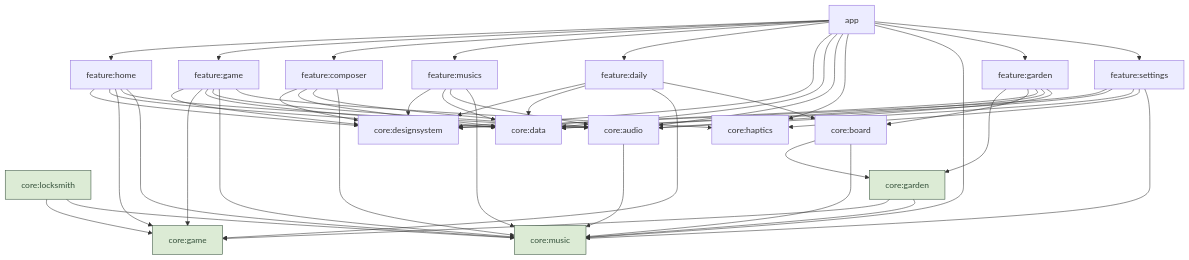
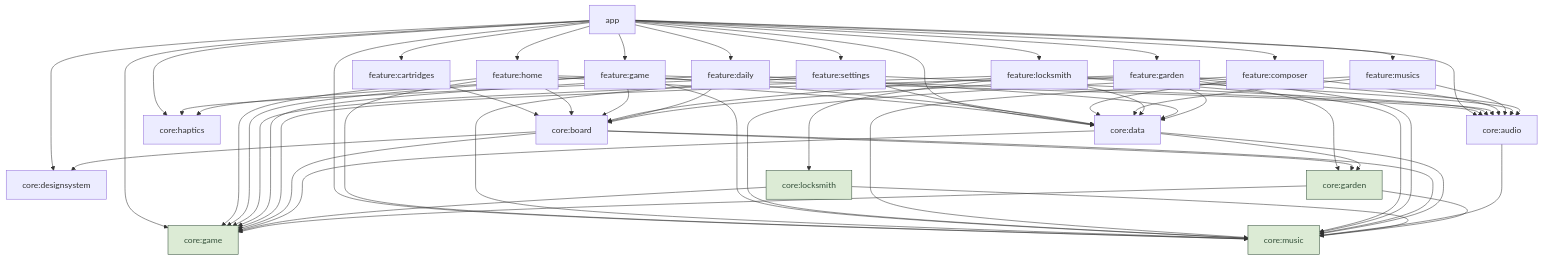
The first of 2 diagrams in docs/architecture.md (magori/blox), drawn with Mermaid before and after one commit. The commit also changed other lines of this file and 2 other files, not shown here.

Commit message:
📝 docs(architecture): graphe des modules complet
Le graphe mermaid oubliait feature:cartridges, feature:locksmith et une
dizaine d'arêtes ; il suit désormais les dépendances implementation et
api déclarées de chaque module, et une note remplace les flèches que le
plugin blox.android.feature ajoute vers core:designsystem. La table des
modules est corrigée (feature:cartridges, core:garden, benchmark).

Tâche : P12.12

Claude-Session: https://claude.ai/code/session_01XWhiVaTjZSxMHfedudfVkm

````diff
--- a/docs/architecture.md
+++ b/docs/architecture.md
@@ -11,67 +11,83 @@
 ```mermaid
 graph TD
+    app --> featureCartridges[feature:cartridges]
     app --> featureHome[feature:home]
+    app --> featureSettings[feature:settings]
     app --> featureGame[feature:game]
     app --> featureComposer[feature:composer]
     app --> featureMusics[feature:musics]
+    app --> featureLocksmith[feature:locksmith]
     app --> featureDaily[feature:daily]
+    app --> featureGarden[feature:garden]
     app --> designsystem[core:designsystem]
+    app --> game[core:game]
     app --> data[core:data]
     app --> audio[core:audio]
     app --> haptics[core:haptics]
-    app --> music
+    app --> music[core:music]
 
-    featureHome --> designsystem
+    featureCartridges --> board[core:board]
+
+    featureHome --> audio
     featureHome --> data
+    featureHome --> music
     featureHome --> game
-    featureHome --> audio
-    featureHome --> music
+    featureHome --> board
 
-    featureGame --> designsystem
-    featureGame --> game[core:game]
+    featureSettings --> audio
+    featureSettings --> data
+    featureSettings --> haptics
+    featureSettings --> music
+
+    featureGame --> game
     featureGame --> data
+    featureGame --> music
     featureGame --> audio
-    featureGame --> music
     featureGame --> haptics
+    featureGame --> board
 
-    featureComposer --> designsystem
+    featureComposer --> music
     featureComposer --> data
     featureComposer --> audio
-    featureComposer --> music
 
-    featureMusics --> designsystem
+    featureMusics --> audio
     featureMusics --> data
-    featureMusics --> audio
     featureMusics --> music
 
-    featureDaily --> designsystem
+    featureLocksmith --> audio
+    featureLocksmith --> data
+    featureLocksmith --> locksmith[core:locksmith]
+    featureLocksmith --> game
+    featureLocksmith --> board
+    featureLocksmith --> music
+
     featureDaily --> data
     featureDaily --> game
-    featureDaily --> board[core:board]
+    featureDaily --> board
 
-    audio --> music[core:music]
+    featureGarden --> data
+    featureGarden --> audio
+    featureGarden --> music
+    featureGarden --> garden[core:garden]
+    featureGarden --> game
+    featureGarden --> board
 
-    locksmith[core:locksmith] --> game
+    board --> game
+    board --> designsystem
+    board --> music
+    board --> garden
+
+    data --> music
+    data --> garden
+    data --> game
+
+    audio --> music
+
+    locksmith --> game
     locksmith --> music
 
-    garden[core:garden] --> game
+    garden --> game
     garden --> music
-
-    app --> featureGarden[feature:garden]
-    featureGarden --> garden
-    featureGarden --> board
-    featureGarden --> designsystem
-    featureGarden --> data
-    featureGarden --> audio
-    board --> garden
-    board --> music
-
-    app --> featureSettings[feature:settings]
-    featureSettings --> designsystem
-    featureSettings --> data
-    featureSettings --> audio
-    featureSettings --> haptics
-    featureSettings --> music
 
     classDef pure fill:#dcebd5,stroke:#34503a,color:#34503a
     class game,music,locksmith,garden pure
````
